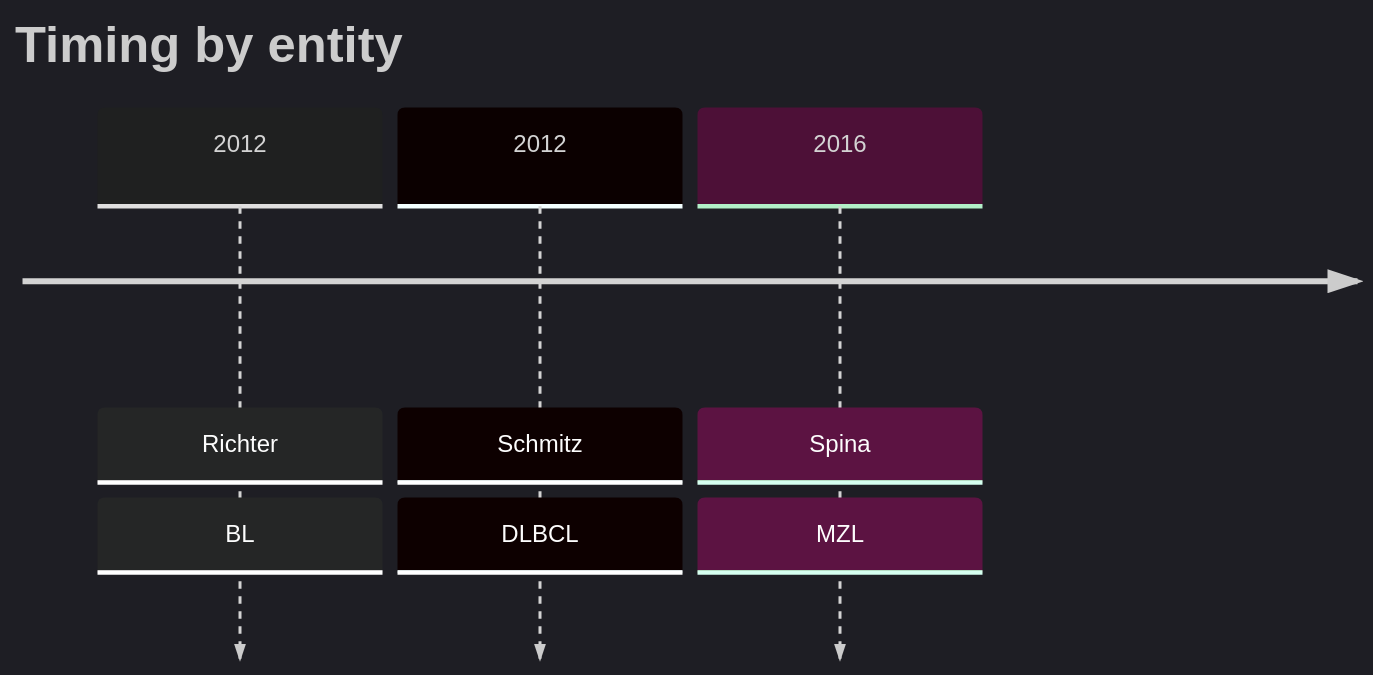
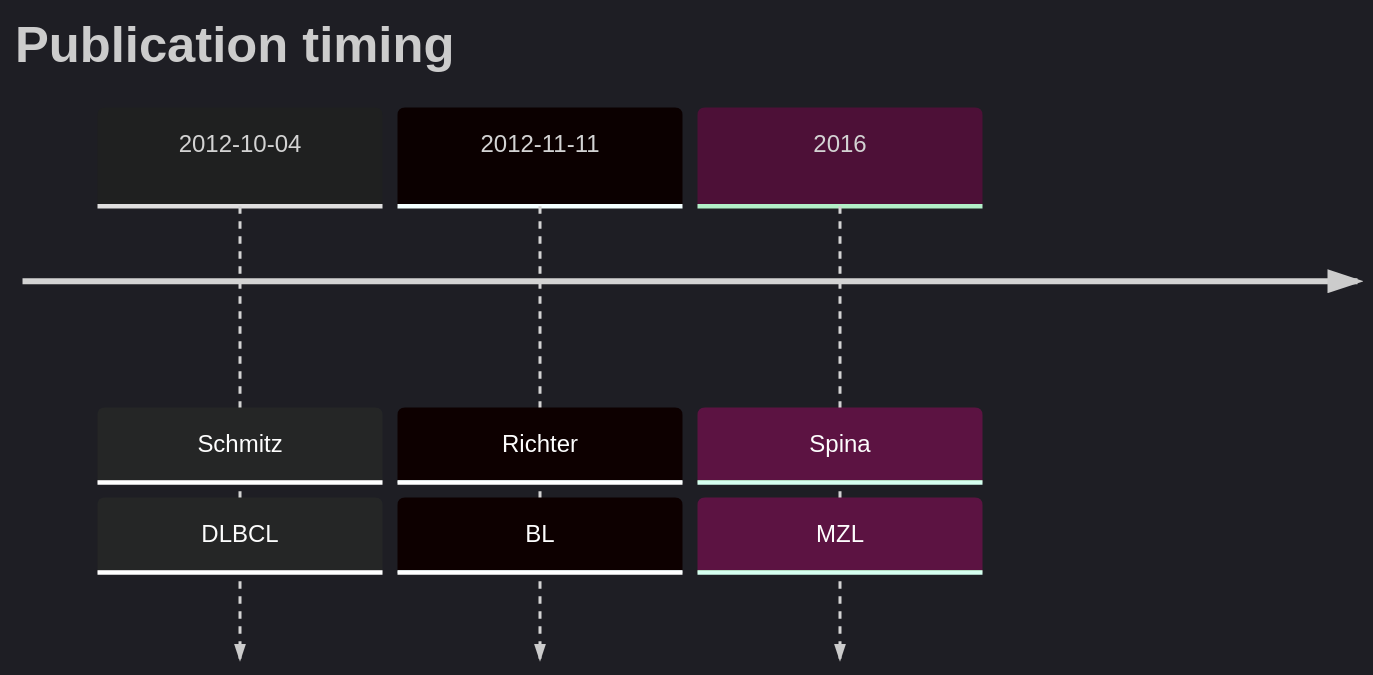
The diagram in ID3.md (morinlab/lymphopedia), drawn with Mermaid before and after one commit.

Commit message:
Updated ID3 (markdown)

````diff
--- a/ID3.md
+++ b/ID3.md
@@ -5,8 +5,8 @@
 ```mermaid
 %%{init: { 'logLevel': 'debug', 'theme': 'dark' } }%%
     timeline
-        title Timing by entity
-          2012 : Richter : BL
-          2012 : Schmitz : DLBCL
+        title Publication timing
+          2012-10-04 : Schmitz : DLBCL
+          2012-11-11 : Richter : BL
           2016 : Spina : MZL
 ```
````
